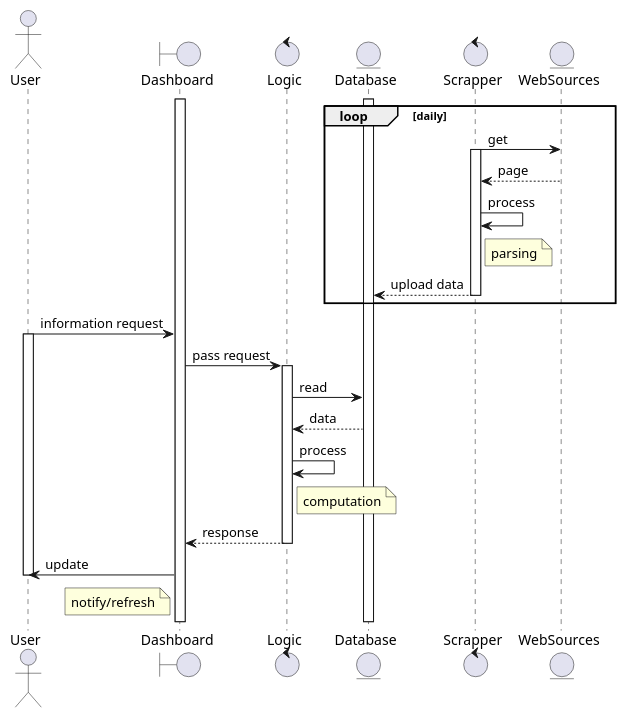
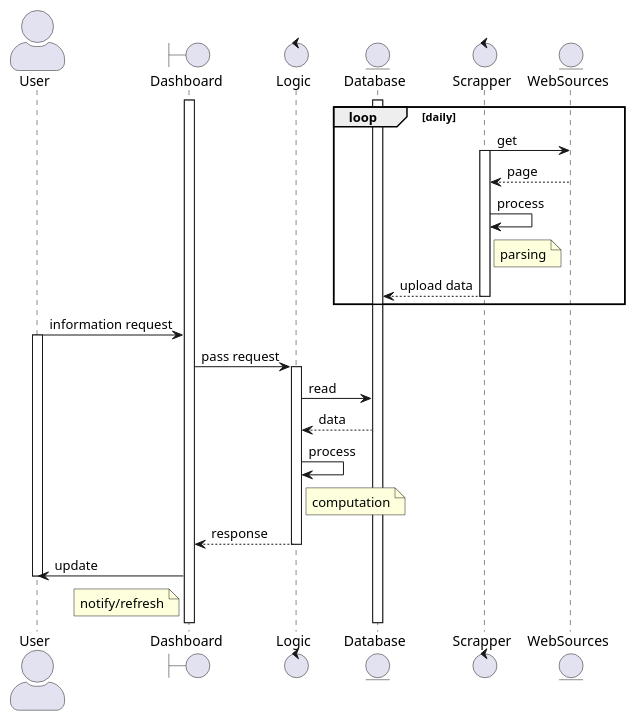
One commit to maciejskorski/software_engineering changed the second of 2 diagrams in docs/uml_modelling.md. Above: the diagram before and after it, drawn with PlantUML.

````diff
--- a/docs/uml_modelling.md
+++ b/docs/uml_modelling.md
@@ -65,39 +65,41 @@
 ```plantuml
 @startuml
 
 actor User as user
 boundary Dashboard as view
 control Logic as logic
 entity Database as db
 control Scrapper as scrape
 entity WebSources as web
+
+skinparam actorStyle awesome
 
 activate db
 activate view
 
 loop daily
     scrape -> web: get
     activate scrape
     web --> scrape: page
     scrape -> scrape: process
     note right of scrape: parsing
     scrape --> db: upload data
     deactivate scrape
 end
 
 user -> view: information request
 activate user
 view -> logic: pass request
 activate logic
 logic -> db: read
 db --> logic:  data
 logic -> logic: process
 note right of logic: computation
 logic --> view: response
 deactivate logic
 view -> user: update
 note left of view: notify/refresh
 deactivate user
 
 @enduml
 ```
````
